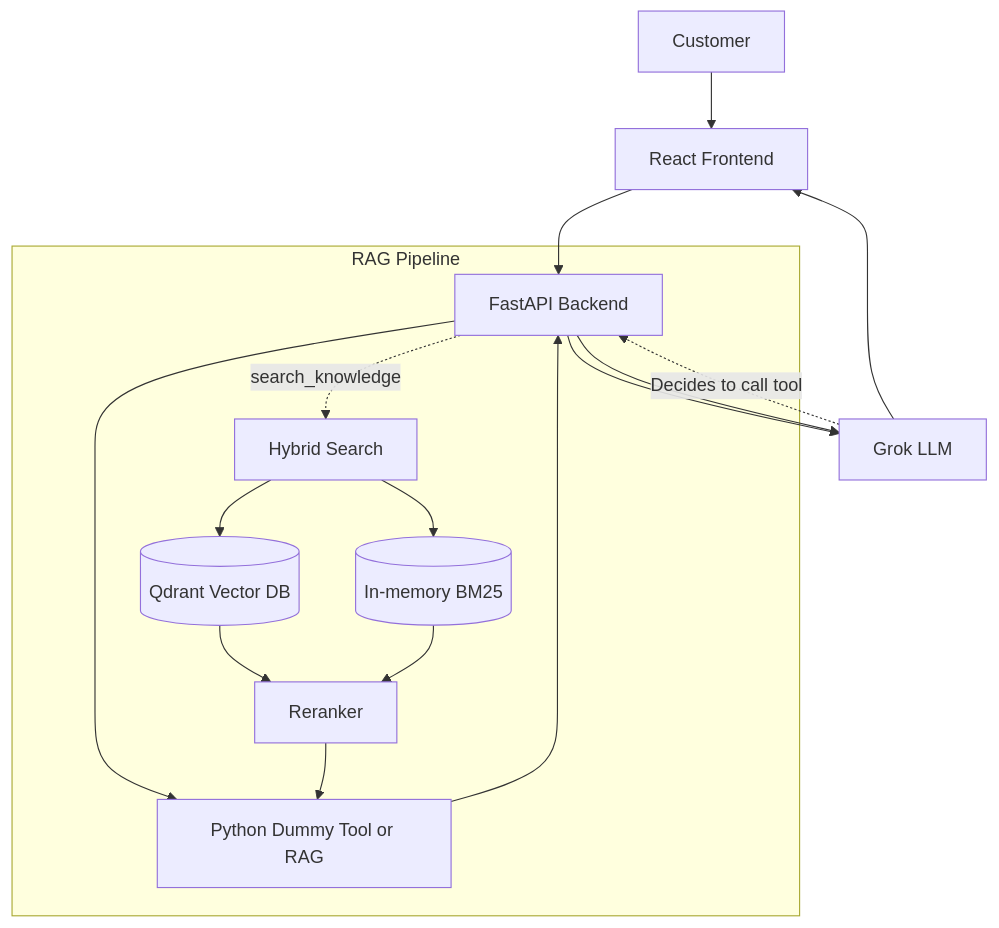
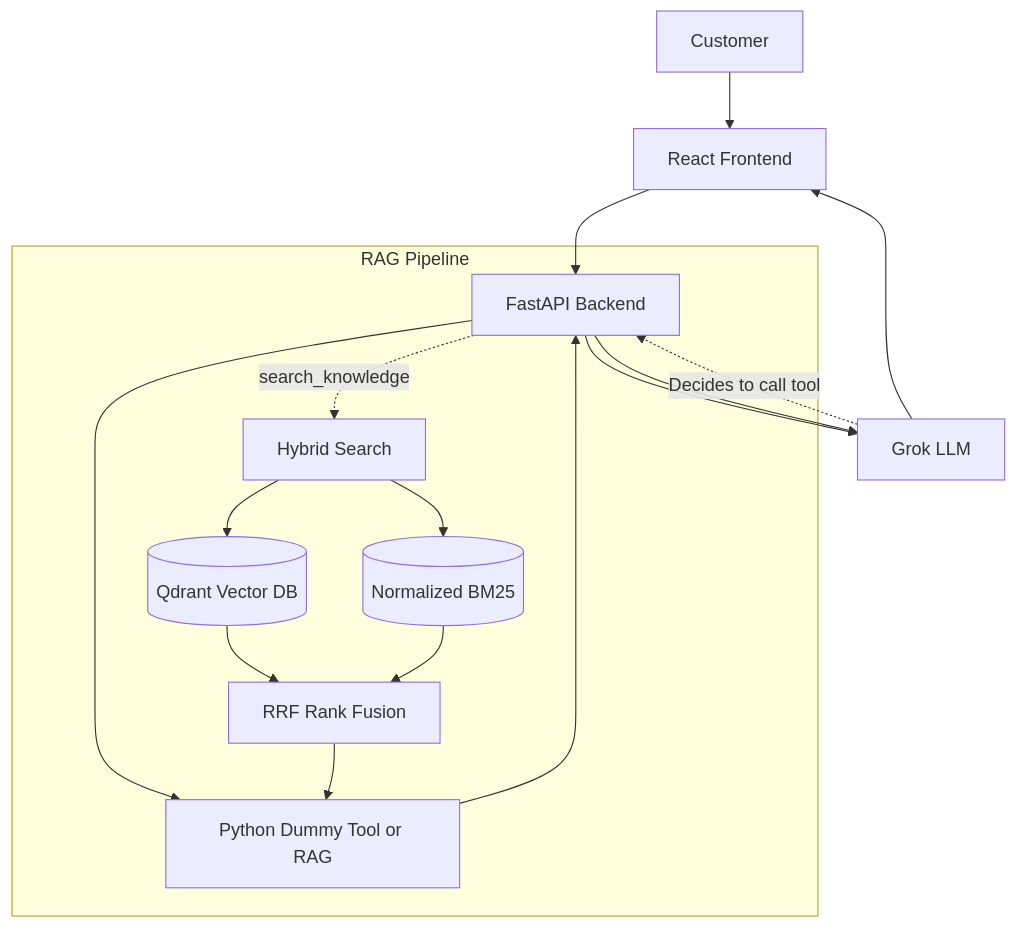
One commit to sainath1569/Gleap-AI-Support-Agent changed the diagram in project/README.md. Above: the diagram before and after it, drawn with Mermaid. The commit also changed other lines of this file and 22 other files, not shown here.

````diff
--- a/project/README.md
+++ b/project/README.md
@@ -9,20 +9,20 @@
 ```mermaid
 graph TD;
   User[Customer] --> UI[React Frontend];
   UI --> API[FastAPI Backend];
   API --> Grok[Grok LLM];
   Grok -. "Decides to call tool" .-> API;
   API --> Tool[Python Dummy Tool or RAG];
   Tool --> API;
   API --> Grok;
   Grok --> UI;
   
   subgraph RAG Pipeline
     API -. "search_knowledge" .-> Hybrid[Hybrid Search];
     Hybrid --> Qdrant[(Qdrant Vector DB)];
-    Hybrid --> BM25[(In-memory BM25)];
-    Qdrant --> Rerank[Reranker];
-    BM25 --> Rerank;
-    Rerank --> Tool;
+    Hybrid --> BM25[(Normalized BM25)];
+    Qdrant --> RRF[RRF Rank Fusion];
+    BM25 --> RRF;
+    RRF --> Tool;
   end
 ```
````
